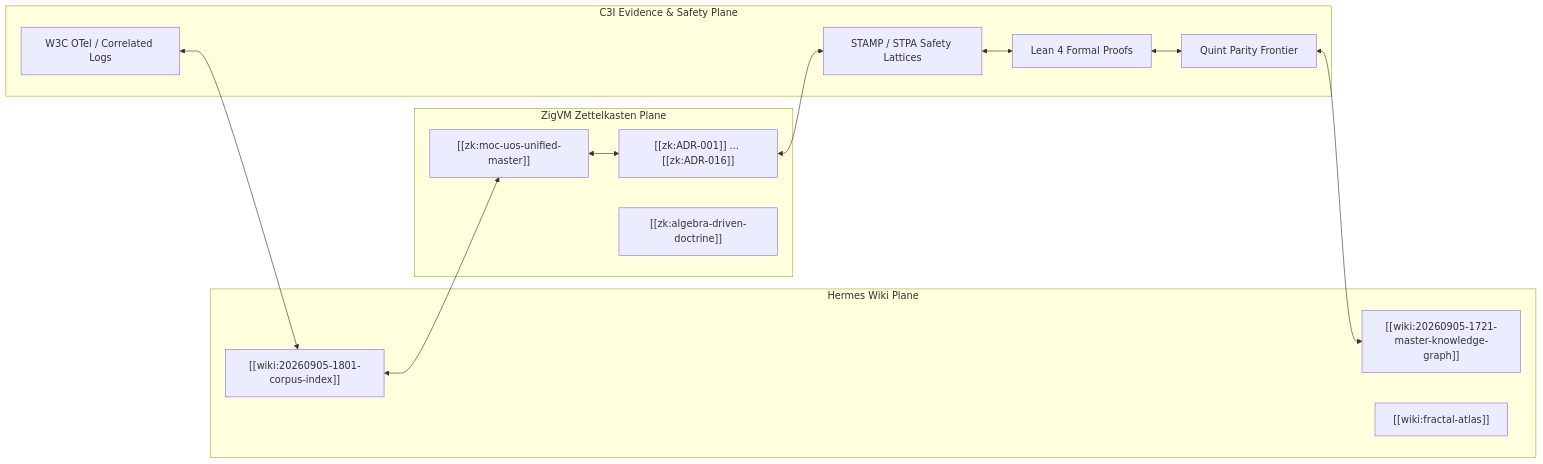
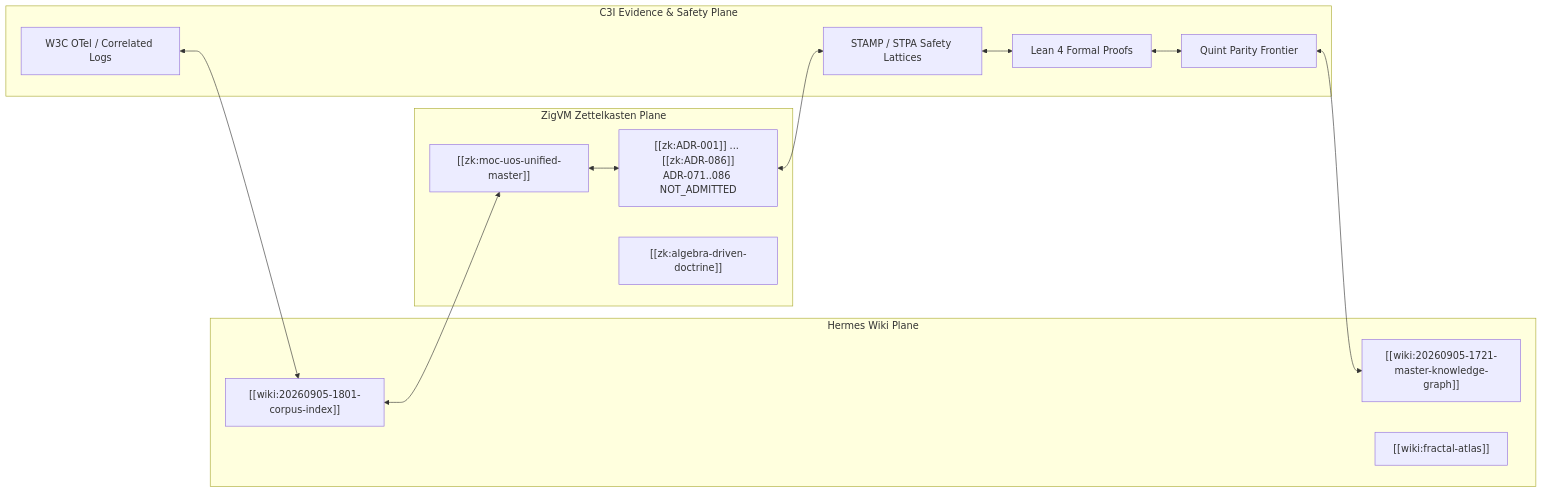
Before and after one commit to Anaik7799/uos: the diagram in docs/wiki/20260905-1801-uos-zk-km-corpus-index.md, drawn with Mermaid. The commit also changed other lines of this file and 32 other files, not shown here.

````diff
--- a/docs/wiki/20260905-1801-uos-zk-km-corpus-index.md
+++ b/docs/wiki/20260905-1801-uos-zk-km-corpus-index.md
@@ -16,29 +34,29 @@
 ```mermaid
 graph LR
     subgraph WIKI["Hermes Wiki Plane"]
         W_MASTER["[[wiki:20260905-1721-master-knowledge-graph]]"]
         W_INDEX["[[wiki:20260905-1801-corpus-index]]"]
         W_FRACTAL["[[wiki:fractal-atlas]]"]
     end
 
     subgraph ZK["ZigVM Zettelkasten Plane"]
         Z_MOC["[[zk:moc-uos-unified-master]]"]
-        Z_ADRS["[[zk:ADR-001]] ... [[zk:ADR-016]]"]
+        Z_ADRS["[[zk:ADR-001]] ... [[zk:ADR-086]]<br/>ADR-071..086 NOT_ADMITTED"]
         Z_ALGEBRA["[[zk:algebra-driven-doctrine]]"]
     end
 
     subgraph EVIDENCE["C3I Evidence & Safety Plane"]
         E_STAMP["STAMP / STPA Safety Lattices"]
         E_LEAN["Lean 4 Formal Proofs"]
         E_QUINT["Quint Parity Frontier"]
         E_OTEL["W3C OTel / Correlated Logs"]
     end
 
     W_INDEX <--> Z_MOC
     Z_MOC <--> Z_ADRS
     Z_ADRS <--> E_STAMP
     E_STAMP <--> E_LEAN
     E_LEAN <--> E_QUINT
     E_QUINT <--> W_MASTER
     E_OTEL <--> W_INDEX
 ```
````
